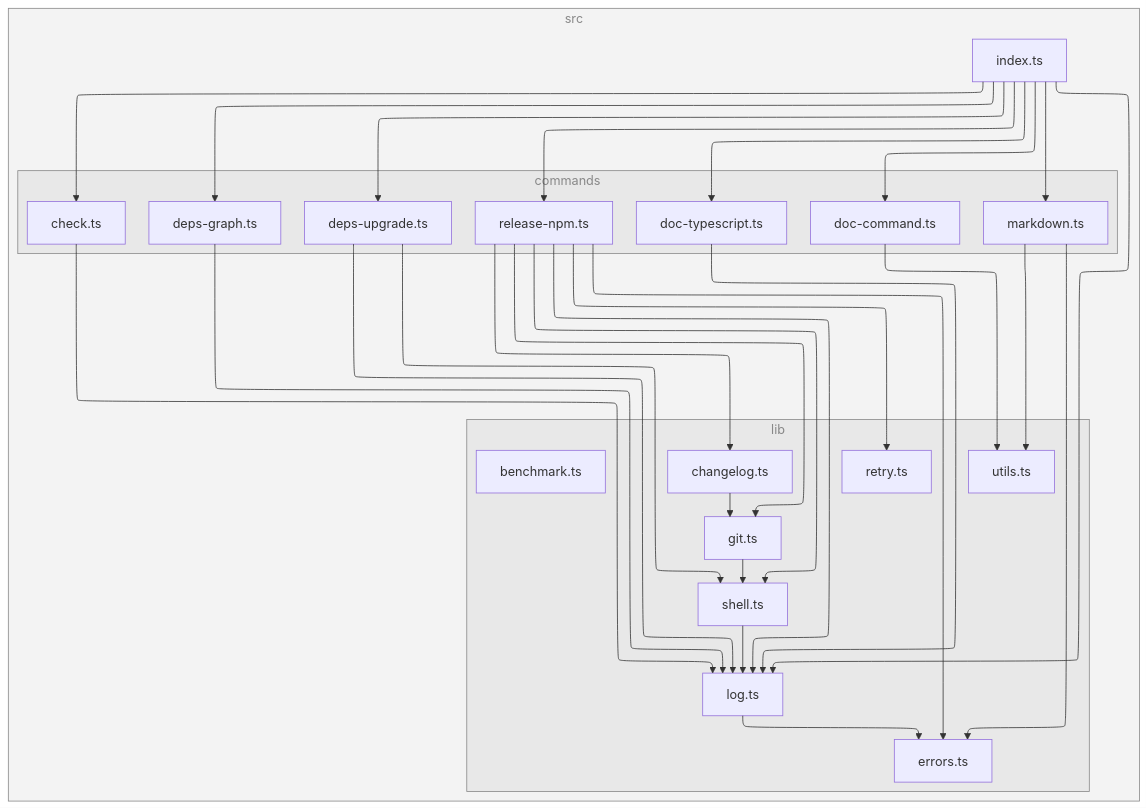
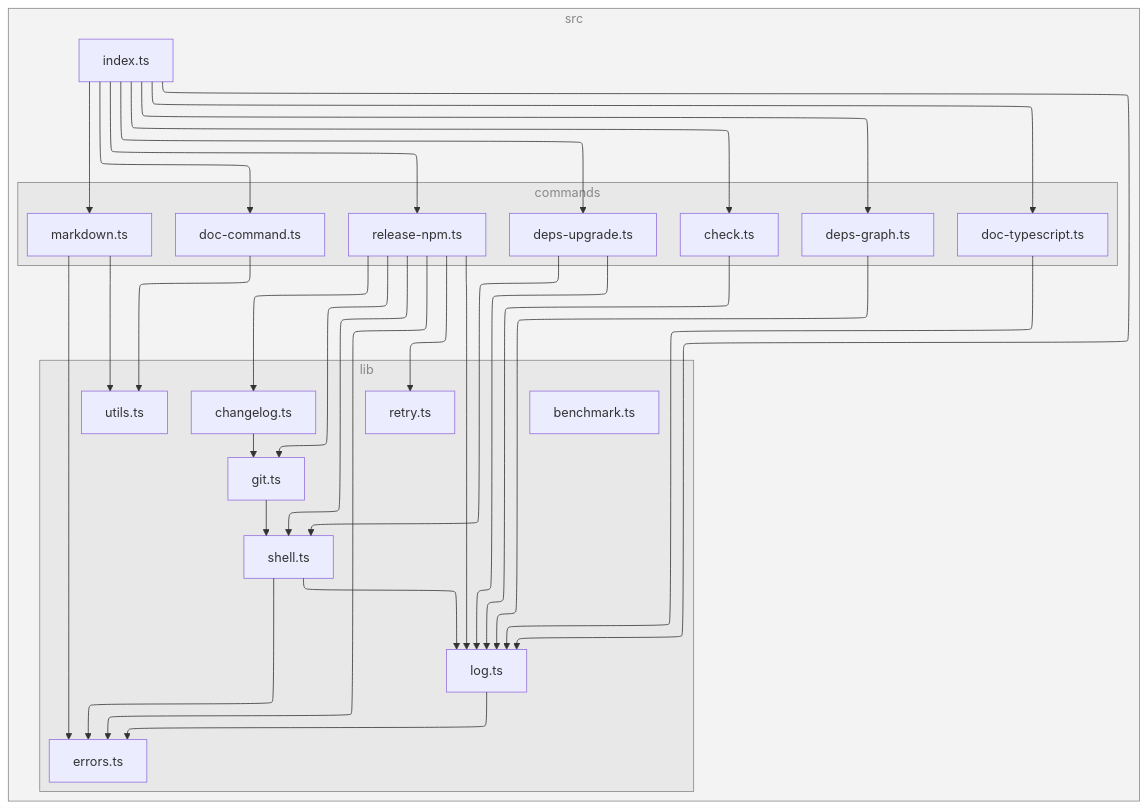
Before and after one commit to versatiles-org/node-release-tool: the diagram in README.md, drawn with Mermaid. The commit also changed 6 other files, not shown here.

````diff
--- a/README.md
+++ b/README.md
@@ -215,59 +215,60 @@
 ```mermaid
 ---
 config:
   layout: elk
 ---
 flowchart TB
 
 subgraph 0["src"]
 subgraph 1["commands"]
 2["check.ts"]
 6["deps-graph.ts"]
 7["deps-upgrade.ts"]
 9["doc-command.ts"]
 B["doc-typescript.ts"]
 C["markdown.ts"]
 D["release-npm.ts"]
 end
 subgraph 3["lib"]
 4["log.ts"]
 5["errors.ts"]
 8["shell.ts"]
 A["utils.ts"]
 E["changelog.ts"]
 F["git.ts"]
 G["retry.ts"]
 I["benchmark.ts"]
 end
 H["index.ts"]
 end
 2-->4
 4-->5
 6-->4
 7-->4
 7-->8
+8-->5
 8-->4
 9-->A
 B-->4
 C-->5
 C-->A
 D-->E
 D-->5
 D-->F
 D-->4
 D-->G
 D-->8
 E-->F
 F-->8
 H-->2
 H-->6
 H-->7
 H-->9
 H-->B
 H-->C
 H-->D
 H-->4
 
 class 0,1,3 subgraphs;
 classDef subgraphs fill-opacity:0.1, fill:#888, color:#888, stroke:#888;
 ```
````
